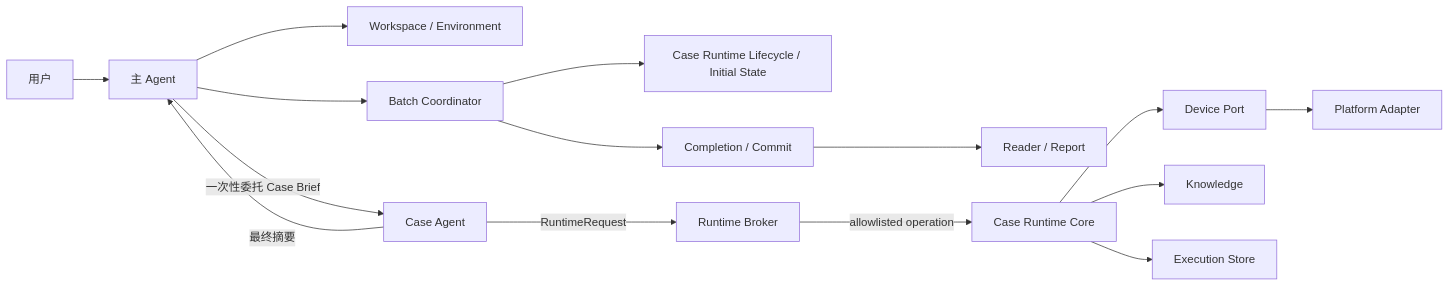
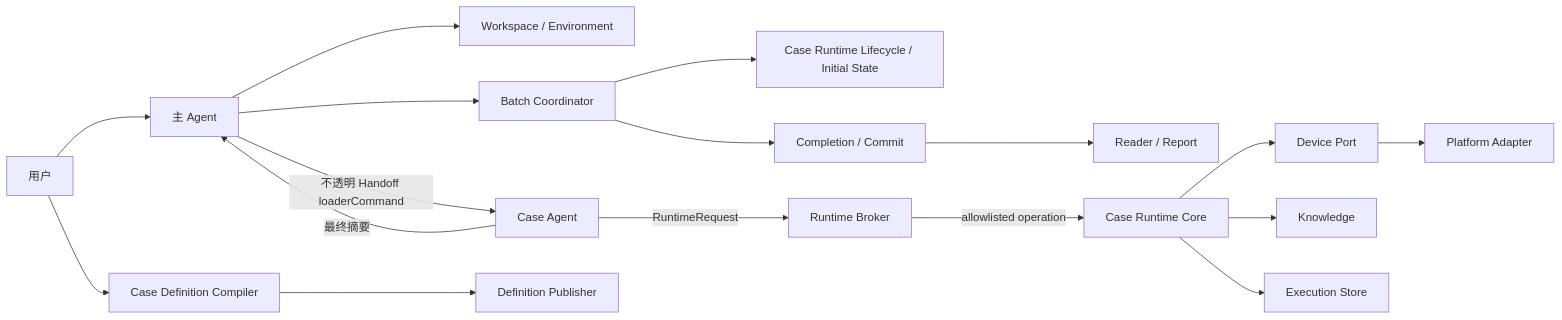
Before and after one commit to lianghuihui-plus/DevKit: the first of 2 diagrams in skills/mobile-ai-visual-test/docs/architecture.md, drawn with Mermaid. The commit also changed other lines of this file and 91 other files, not shown here.

Commit message:
refactor(mavt): harden execution architecture

````diff
--- a/skills/mobile-ai-visual-test/docs/architecture.md
+++ b/skills/mobile-ai-visual-test/docs/architecture.md
@@ -19,17 +19,19 @@
 ```mermaid
 flowchart LR
   U["用户"] --> M["主 Agent"]
+  U --> DC["Case Definition Compiler"]
+  DC --> DP["Definition Publisher"]
   M --> W["Workspace / Environment"]
   M --> B["Batch Coordinator"]
   B --> L["Case Runtime Lifecycle / Initial State"]
-  M -->|"一次性委托 Case Brief"| A["Case Agent"]
+  M -->|"不透明 Handoff loaderCommand"| A["Case Agent"]
   A -->|"RuntimeRequest"| RB["Runtime Broker"]
   RB -->|"allowlisted operation"| R["Case Runtime Core"]
   R --> D["Device Port"]
   D --> P["Platform Adapter"]
   R --> K["Knowledge"]
   R --> S["Execution Store"]
   A -->|"最终摘要"| M
   B --> C["Completion / Commit"]
   C --> V["Reader / Report"]
 ```
````
